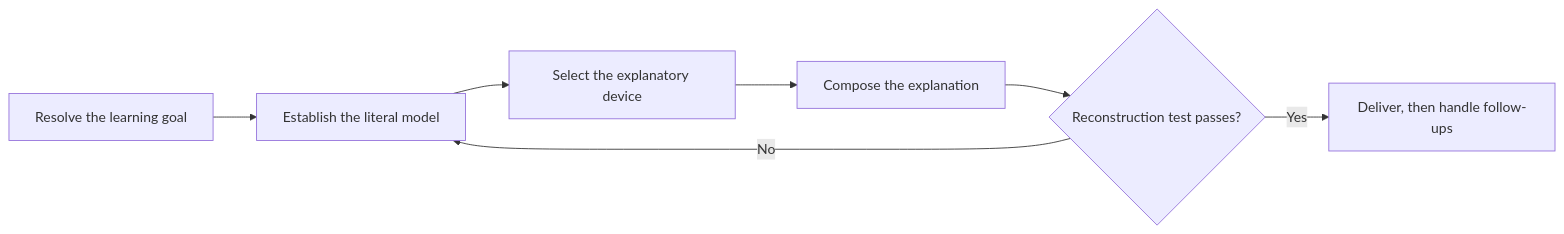
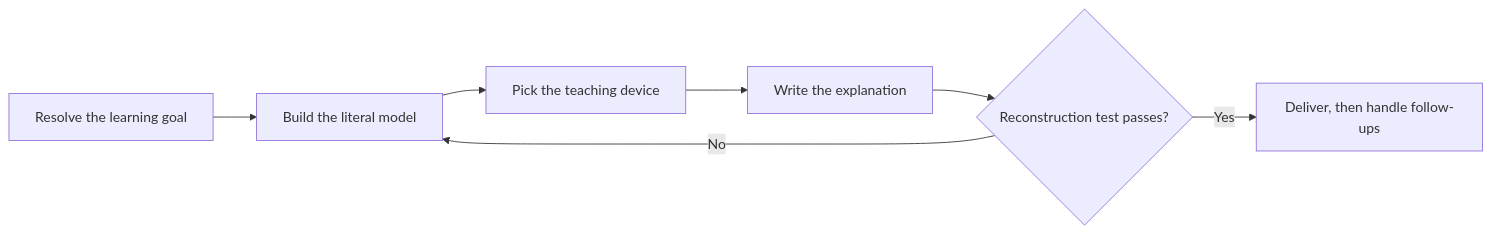
One commit to fam-tung-lam/ptlam-agent-plugin changed the diagram in plugin/skills/ptlam-explaining/SKILL.md. Above: the diagram before and after it, drawn with Mermaid. The commit also changed other lines of this file and 1734 other files, not shown here.

````diff
--- a/plugin/skills/ptlam-explaining/SKILL.md
+++ b/plugin/skills/ptlam-explaining/SKILL.md
@@ -9,9 +10,9 @@
 ```mermaid
 flowchart LR
-    ResolveGoal["Resolve the learning goal"] --> LiteralModel["Establish the literal model"]
-    LiteralModel --> SelectDevice["Select the explanatory device"]
-    SelectDevice --> ComposeExplanation["Compose the explanation"]
+    ResolveGoal["Resolve the learning goal"] --> LiteralModel["Build the literal model"]
+    LiteralModel --> SelectDevice["Pick the teaching device"]
+    SelectDevice --> ComposeExplanation["Write the explanation"]
     ComposeExplanation --> ReconstructionTest{"Reconstruction test passes?"}
     ReconstructionTest -->|"No"| LiteralModel
     ReconstructionTest -->|"Yes"| HandleFollowUps["Deliver, then handle follow-ups"]
 ```
````
